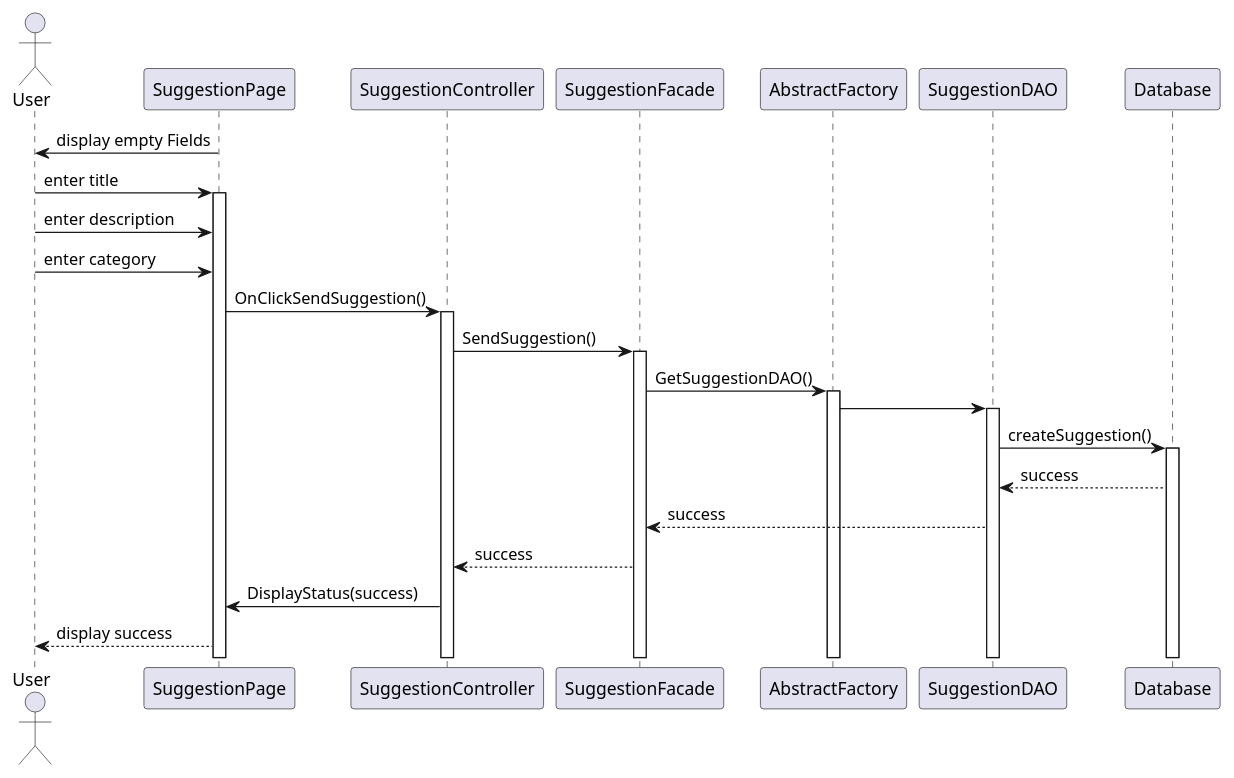
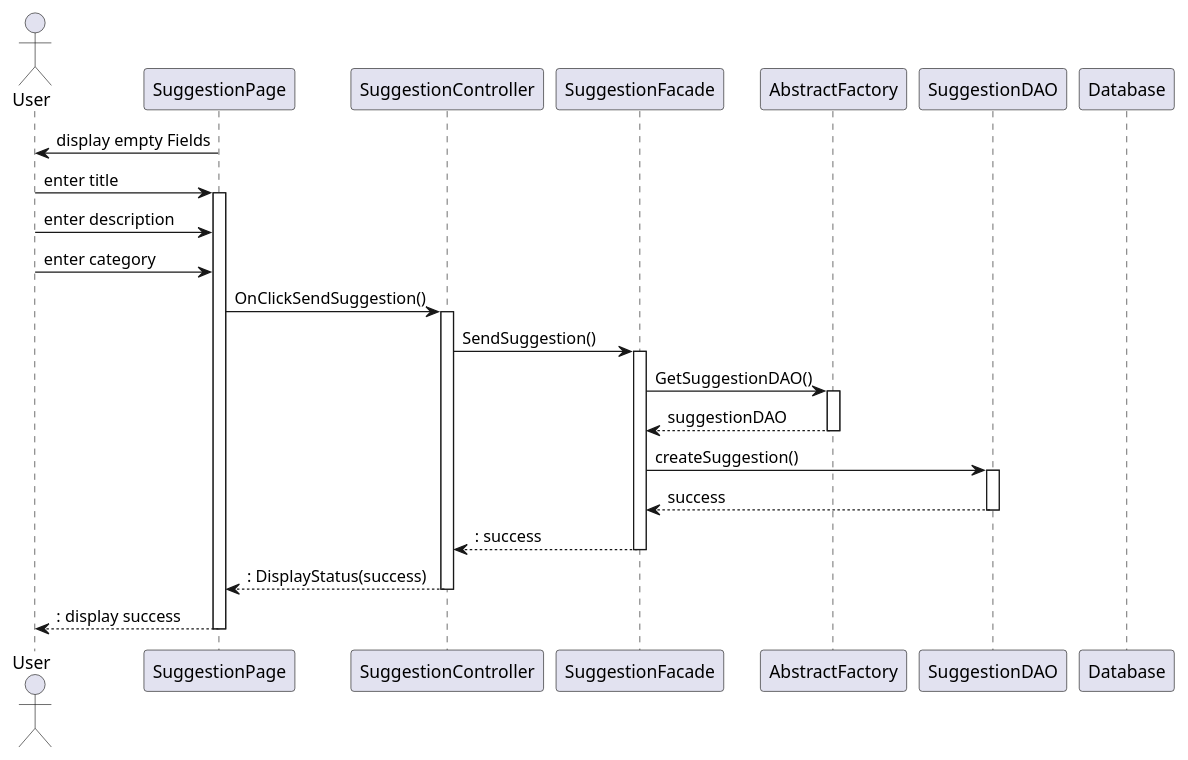
The first of 3 diagrams in doc/reports/final/suggestions/suggestions_sequenceDiagram.plantuml (iusildra/WineCellar), drawn with PlantUML before and after one commit.

```diff
--- a/doc/reports/final/suggestions/suggestions_sequenceDiagram.plantuml
+++ b/doc/reports/final/suggestions/suggestions_sequenceDiagram.plantuml
@@ -1,28 +1,27 @@
 @startuml
 
 skinparam responseMessageBelowArrow true
 
  actor User
  participant "SuggestionPage" as UI
  participant "SuggestionController" as Controller
  participant "SuggestionFacade" as Facade
  participant "AbstractFactory" as Factory
  participant "SuggestionDAO" as DAO
  participant "Database" as DB
 
     UI -> User : display empty Fields
     User -> UI++ : enter title
     User -> UI : enter description
     User -> UI : enter category
     UI -> Controller++ : OnClickSendSuggestion()
     Controller -> Facade++ : SendSuggestion()
-    Facade -> Factory++ : GetSuggestionDAO()
-    Factory -> DAO++ :
-    DAO -> DB++ : createSuggestion()
-    DB --> DAO : success
-    DAO --> Facade : success
-    Facade --> Controller : success
-    Controller -> UI : DisplayStatus(success)
-    UI --> User : display success
+Facade -> Factory++ : GetSuggestionDAO()
+return suggestionDAO
+Facade -> DAO++ : createSuggestion()
+return success
+return : success
+return : DisplayStatus(success)
+return : display success
 
 @enduml
```
